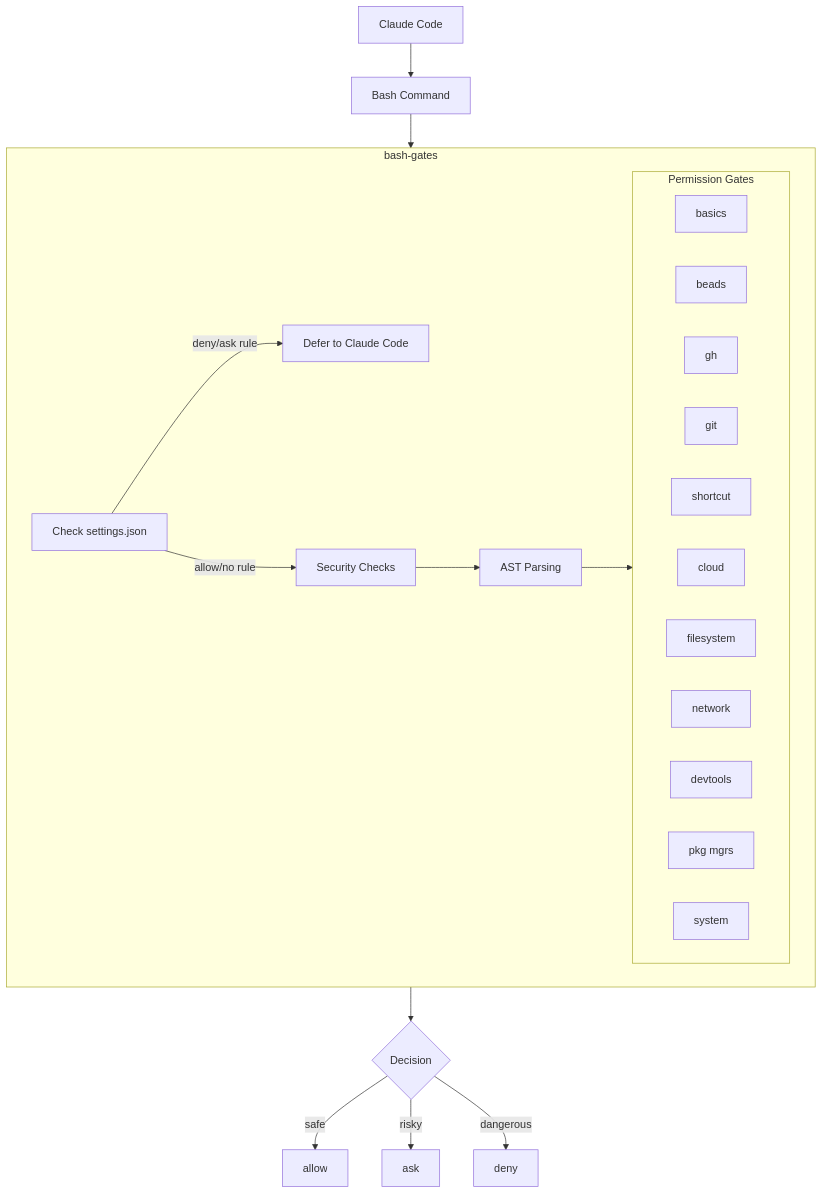
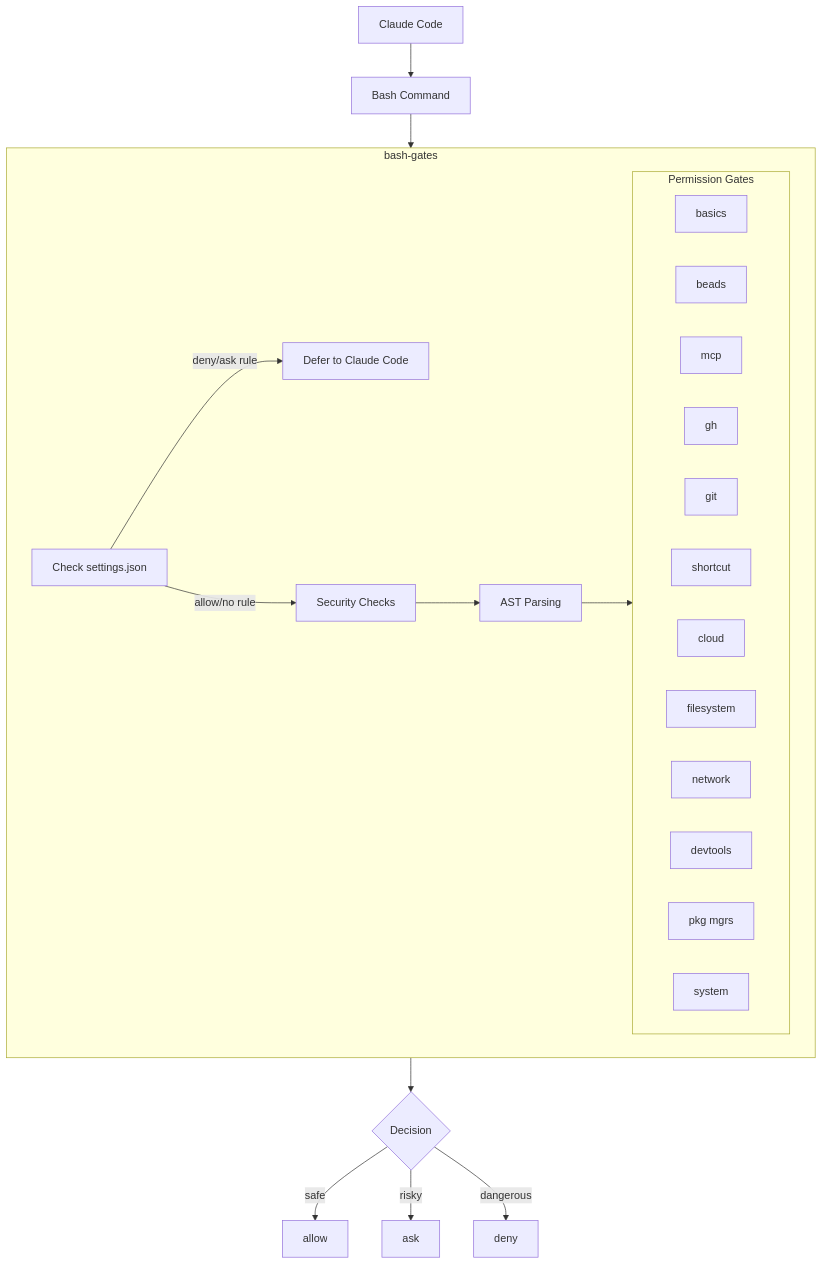
Before and after one commit to camjac251/bash-gates: the diagram in README.md, drawn with Mermaid. The commit also changed other lines of this file and 6 other files, not shown here.

````diff
--- a/README.md
+++ b/README.md
@@ -37,33 +37,34 @@
 ```mermaid
 flowchart TD
     CC[Claude Code] --> CMD[Bash Command]
     CMD --> BG
 
     subgraph BG [bash-gates]
         SETTINGS[Check settings.json]
         SETTINGS -->|deny/ask rule| DEFER[Defer to Claude Code]
         SETTINGS -->|allow/no rule| SEC[Security Checks]
         SEC --> AST[AST Parsing]
         AST --> GATES
 
         subgraph GATES [Permission Gates]
             direction LR
             G1[basics]
             G2[beads]
-            G3[gh]
-            G4[git]
-            G5[shortcut]
-            G6[cloud]
-            G7[filesystem]
-            G8[network]
-            G9[devtools]
-            G10[pkg mgrs]
-            G11[system]
+            G3[mcp]
+            G4[gh]
+            G5[git]
+            G6[shortcut]
+            G7[cloud]
+            G8[filesystem]
+            G9[network]
+            G10[devtools]
+            G11[pkg mgrs]
+            G12[system]
         end
     end
 
     BG --> DECISION{Decision}
     DECISION -->|safe| ALLOW[allow]
     DECISION -->|risky| ASK[ask]
     DECISION -->|dangerous| DENY[deny]
 ```
````
